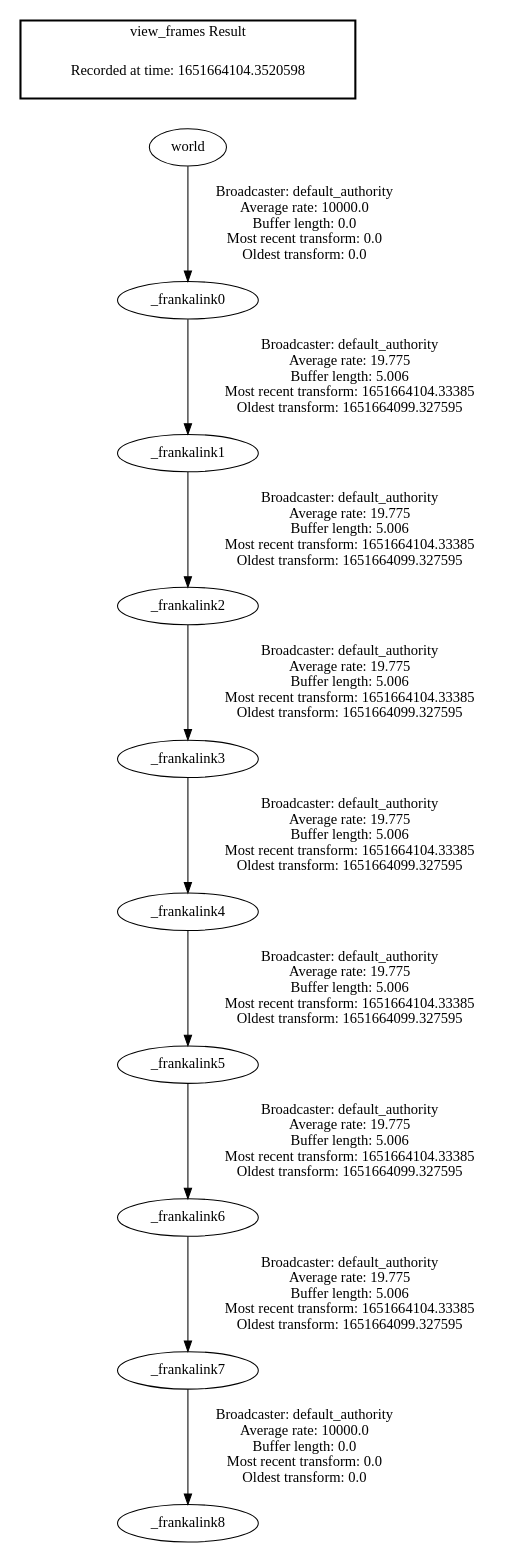
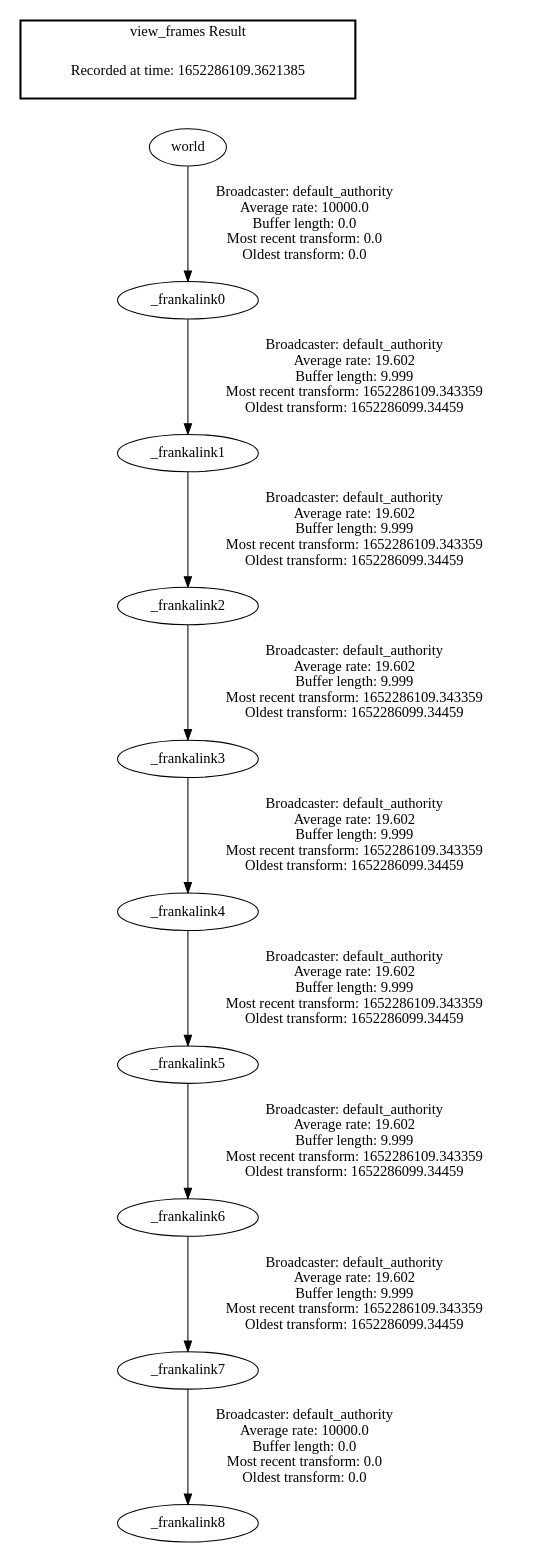
The diagram in python/frames.gv (epfl-lasa/combined-approach), drawn with Graphviz before and after one commit. The commit also changed 10 other files, not shown here.

```diff
--- a/python/frames.gv
+++ b/python/frames.gv
@@ -1,15 +1,15 @@
 digraph G {
-"_frankalink0" -> "_frankalink1"[label=" Broadcaster: default_authority\nAverage rate: 19.775\nBuffer length: 5.006\nMost recent transform: 1651664104.33385\nOldest transform: 1651664099.327595\n"];
+"_frankalink0" -> "_frankalink1"[label=" Broadcaster: default_authority\nAverage rate: 19.602\nBuffer length: 9.999\nMost recent transform: 1652286109.343359\nOldest transform: 1652286099.34459\n"];
 "world" -> "_frankalink0"[label=" Broadcaster: default_authority\nAverage rate: 10000.0\nBuffer length: 0.0\nMost recent transform: 0.0\nOldest transform: 0.0\n"];
-"_frankalink1" -> "_frankalink2"[label=" Broadcaster: default_authority\nAverage rate: 19.775\nBuffer length: 5.006\nMost recent transform: 1651664104.33385\nOldest transform: 1651664099.327595\n"];
-"_frankalink2" -> "_frankalink3"[label=" Broadcaster: default_authority\nAverage rate: 19.775\nBuffer length: 5.006\nMost recent transform: 1651664104.33385\nOldest transform: 1651664099.327595\n"];
-"_frankalink3" -> "_frankalink4"[label=" Broadcaster: default_authority\nAverage rate: 19.775\nBuffer length: 5.006\nMost recent transform: 1651664104.33385\nOldest transform: 1651664099.327595\n"];
-"_frankalink4" -> "_frankalink5"[label=" Broadcaster: default_authority\nAverage rate: 19.775\nBuffer length: 5.006\nMost recent transform: 1651664104.33385\nOldest transform: 1651664099.327595\n"];
-"_frankalink5" -> "_frankalink6"[label=" Broadcaster: default_authority\nAverage rate: 19.775\nBuffer length: 5.006\nMost recent transform: 1651664104.33385\nOldest transform: 1651664099.327595\n"];
-"_frankalink6" -> "_frankalink7"[label=" Broadcaster: default_authority\nAverage rate: 19.775\nBuffer length: 5.006\nMost recent transform: 1651664104.33385\nOldest transform: 1651664099.327595\n"];
+"_frankalink1" -> "_frankalink2"[label=" Broadcaster: default_authority\nAverage rate: 19.602\nBuffer length: 9.999\nMost recent transform: 1652286109.343359\nOldest transform: 1652286099.34459\n"];
+"_frankalink2" -> "_frankalink3"[label=" Broadcaster: default_authority\nAverage rate: 19.602\nBuffer length: 9.999\nMost recent transform: 1652286109.343359\nOldest transform: 1652286099.34459\n"];
+"_frankalink3" -> "_frankalink4"[label=" Broadcaster: default_authority\nAverage rate: 19.602\nBuffer length: 9.999\nMost recent transform: 1652286109.343359\nOldest transform: 1652286099.34459\n"];
+"_frankalink4" -> "_frankalink5"[label=" Broadcaster: default_authority\nAverage rate: 19.602\nBuffer length: 9.999\nMost recent transform: 1652286109.343359\nOldest transform: 1652286099.34459\n"];
+"_frankalink5" -> "_frankalink6"[label=" Broadcaster: default_authority\nAverage rate: 19.602\nBuffer length: 9.999\nMost recent transform: 1652286109.343359\nOldest transform: 1652286099.34459\n"];
+"_frankalink6" -> "_frankalink7"[label=" Broadcaster: default_authority\nAverage rate: 19.602\nBuffer length: 9.999\nMost recent transform: 1652286109.343359\nOldest transform: 1652286099.34459\n"];
 "_frankalink7" -> "_frankalink8"[label=" Broadcaster: default_authority\nAverage rate: 10000.0\nBuffer length: 0.0\nMost recent transform: 0.0\nOldest transform: 0.0\n"];
 edge [style=invis];
  subgraph cluster_legend { style=bold; color=black; label ="view_frames Result";
-"Recorded at time: 1651664104.3520598"[ shape=plaintext ] ;
+"Recorded at time: 1652286109.3621385"[ shape=plaintext ] ;
 }->"world";
 }
```
